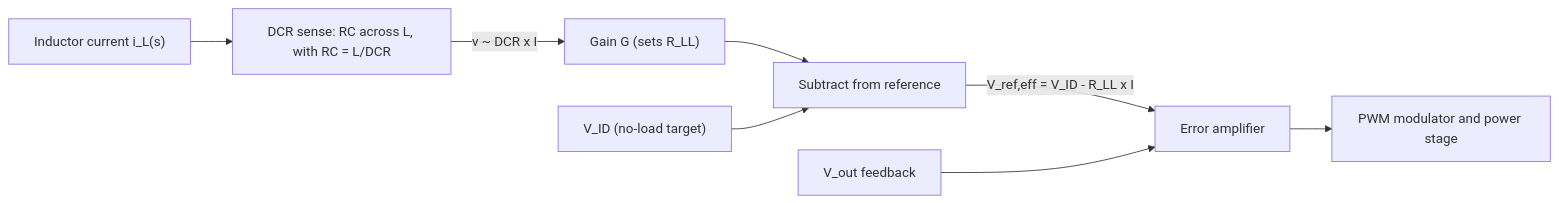
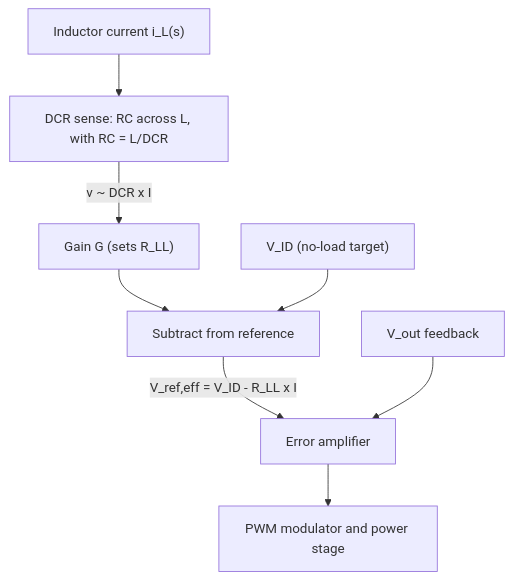
Before and after one commit to atallm7/monty-prep: the diagram in content/questions/q0184.md, drawn with Mermaid. The commit also changed 58 other files, not shown here.

````diff
--- a/content/questions/q0184.md
+++ b/content/questions/q0184.md
@@ -173,10 +173,10 @@
 ```mermaid
-flowchart LR
+flowchart TD
   L["Inductor current i_L(s)"] --> SENSE["DCR sense: RC across L, with RC = L/DCR"]
   SENSE -->|"v ~ DCR x I"| GAIN["Gain G (sets R_LL)"]
   GAIN --> SUM["Subtract from reference"]
   VID["V_ID (no-load target)"] --> SUM
   SUM -->|"V_ref,eff = V_ID - R_LL x I"| EA["Error amplifier"]
   FB["V_out feedback"] --> EA
   EA --> PWM["PWM modulator and power stage"]
 ```
````
